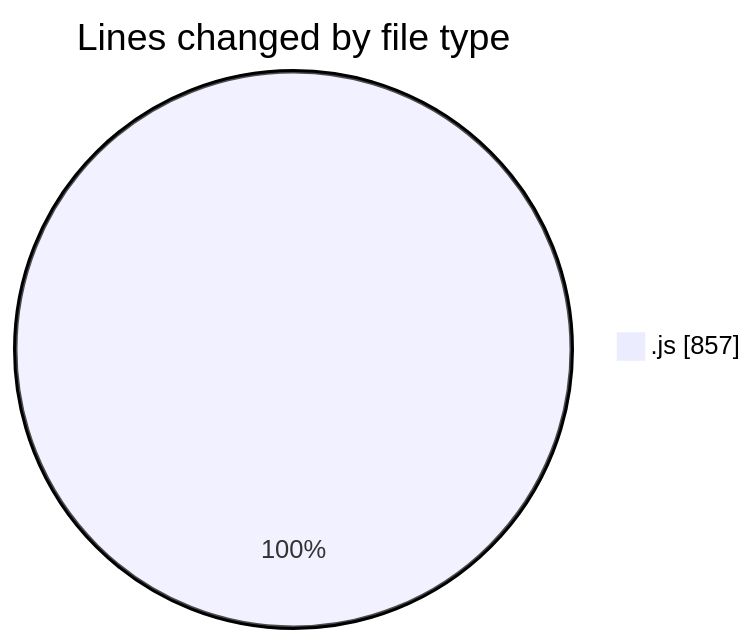
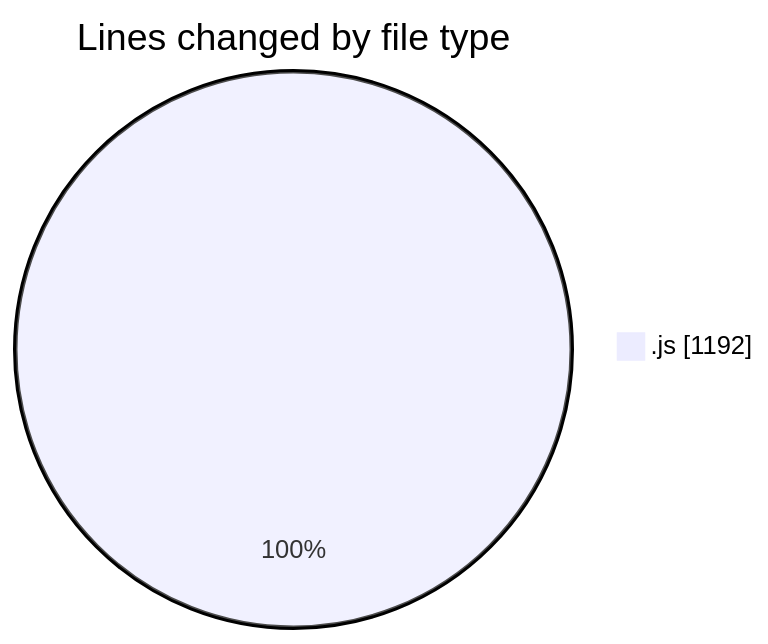
One commit to Ritupan-Deka/code-tracking changed the first of 2 diagrams in 2025-08-05/javascript/README.md. Above: the diagram before and after it, drawn with Mermaid. The commit also changed other lines of this file and 1 other file, not shown here.

````diff
--- a/2025-08-05/javascript/README.md
+++ b/2025-08-05/javascript/README.md
@@ -22,5 +22,5 @@
 ```mermaid
 pie showData
 title Lines changed by file type
-".js" : 857
+".js" : 1192
 ```
````
